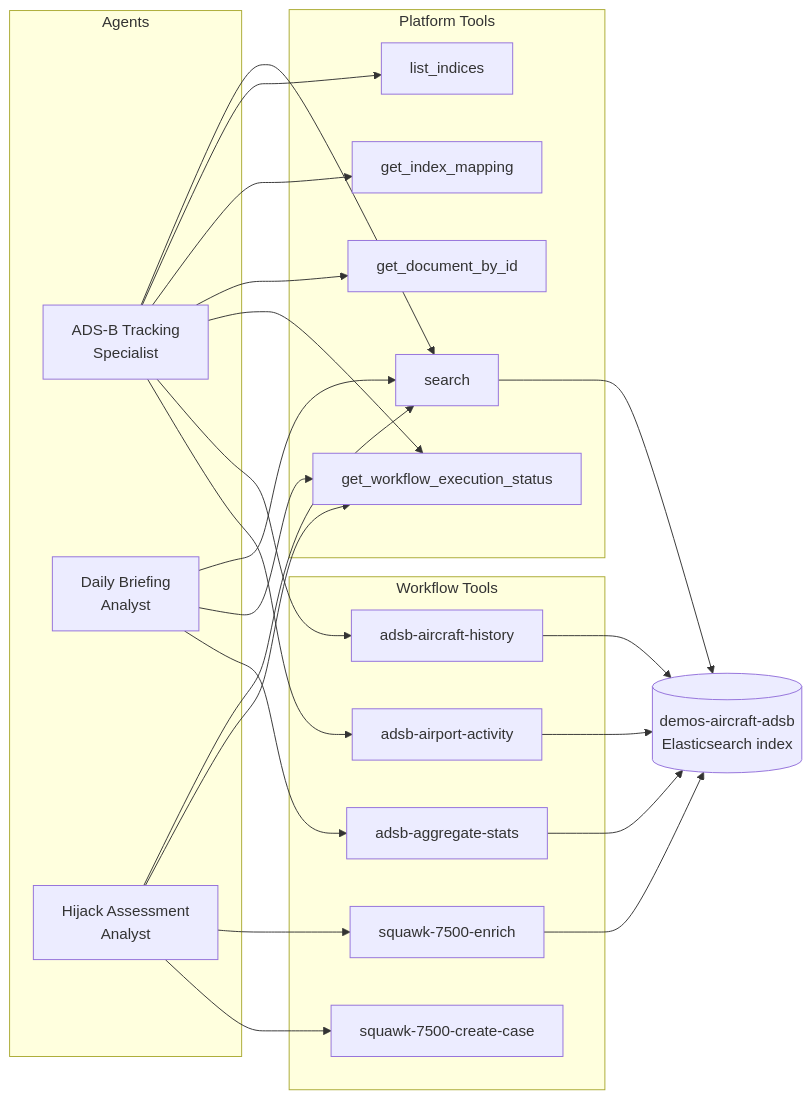
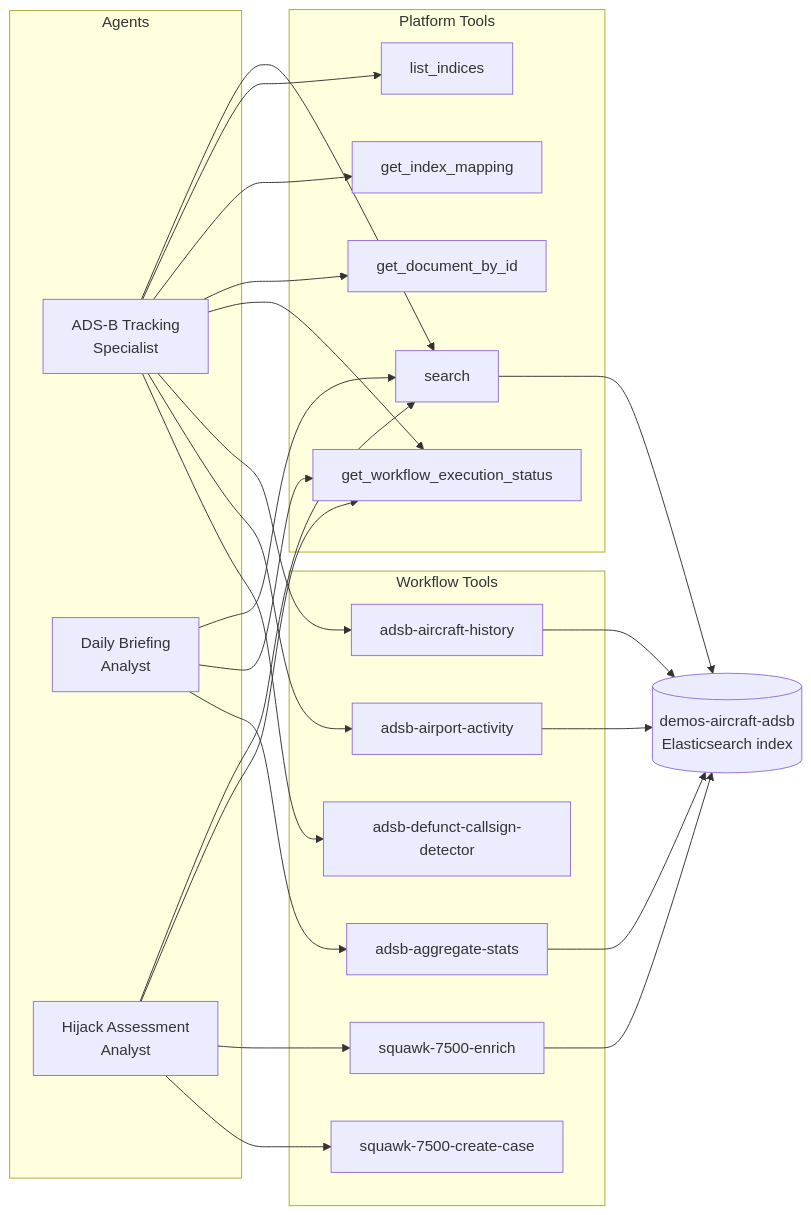
The first of 4 diagrams in elasticsearch/agents/README.md (face0b1101/geo-hackathon), drawn with Mermaid before and after one commit. The commit also changed other lines of this file and 17 other files, not shown here.

First line of the commit message:
feat: add defunct callsign detector with ES|QL LOOKUP JOIN

````diff
--- a/elasticsearch/agents/README.md
+++ b/elasticsearch/agents/README.md
@@ -27,49 +27,51 @@
 ```mermaid
 flowchart LR
     subgraph agentsGroup [Agents]
         TrackingAgent["ADS-B Tracking\nSpecialist"]
         BriefingAgent["Daily Briefing\nAnalyst"]
         HijackAgent["Hijack Assessment\nAnalyst"]
     end
 
     subgraph platform [Platform Tools]
         Search["search"]
         ListIndices["list_indices"]
         GetMapping["get_index_mapping"]
         GetDoc["get_document_by_id"]
         WfStatus["get_workflow_execution_status"]
     end
 
     subgraph workflowTools [Workflow Tools]
         AircraftHistory["adsb-aircraft-history"]
         AirportActivity["adsb-airport-activity"]
         AggStats["adsb-aggregate-stats"]
+        DefunctCallsign["adsb-defunct-callsign-detector"]
         Enrich["squawk-7500-enrich"]
         CreateCase["squawk-7500-create-case"]
     end
 
     ES[("demos-aircraft-adsb\nElasticsearch index")]
 
     TrackingAgent --> Search
     TrackingAgent --> ListIndices
     TrackingAgent --> GetMapping
     TrackingAgent --> GetDoc
     TrackingAgent --> WfStatus
     TrackingAgent --> AircraftHistory
     TrackingAgent --> AirportActivity
+    TrackingAgent --> DefunctCallsign
 
     BriefingAgent --> Search
     BriefingAgent --> WfStatus
     BriefingAgent --> AggStats
 
     HijackAgent --> Search
     HijackAgent --> WfStatus
     HijackAgent --> Enrich
     HijackAgent --> CreateCase
 
     Search --> ES
     AircraftHistory --> ES
     AirportActivity --> ES
     AggStats --> ES
     Enrich --> ES
 ```
````
